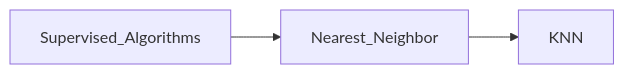
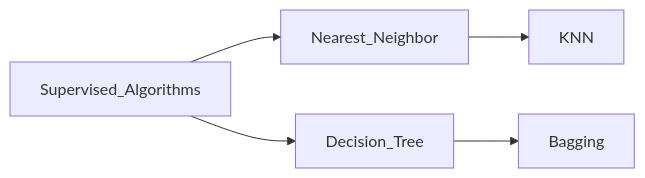
Before and after one commit to hwetsman/Public_Notes: the first of 2 diagrams in ML_Tree.md, drawn with Mermaid.

Commit message:
Chore: added fork

````diff
--- a/ML_Tree.md
+++ b/ML_Tree.md
@@ -1,9 +1,11 @@
 ```mermaid
 flowchart LR
   Supervised_Algorithms --> Nearest_Neighbor
   Nearest_Neighbor --> KNN
+  Supervised_Algorithms --> Decision_Tree
+  Decision_Tree --> Bagging
 
 
 
 
 ```
````
